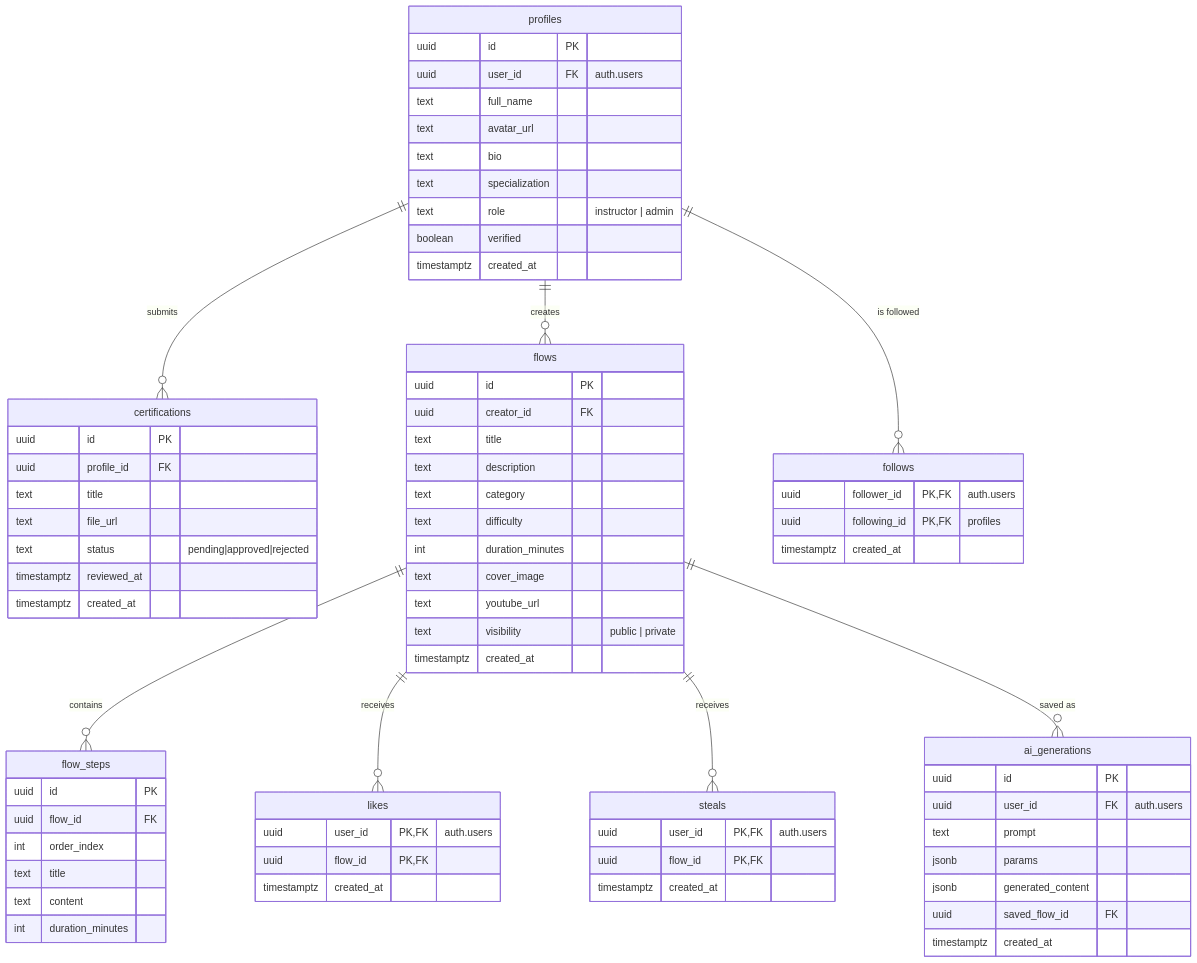
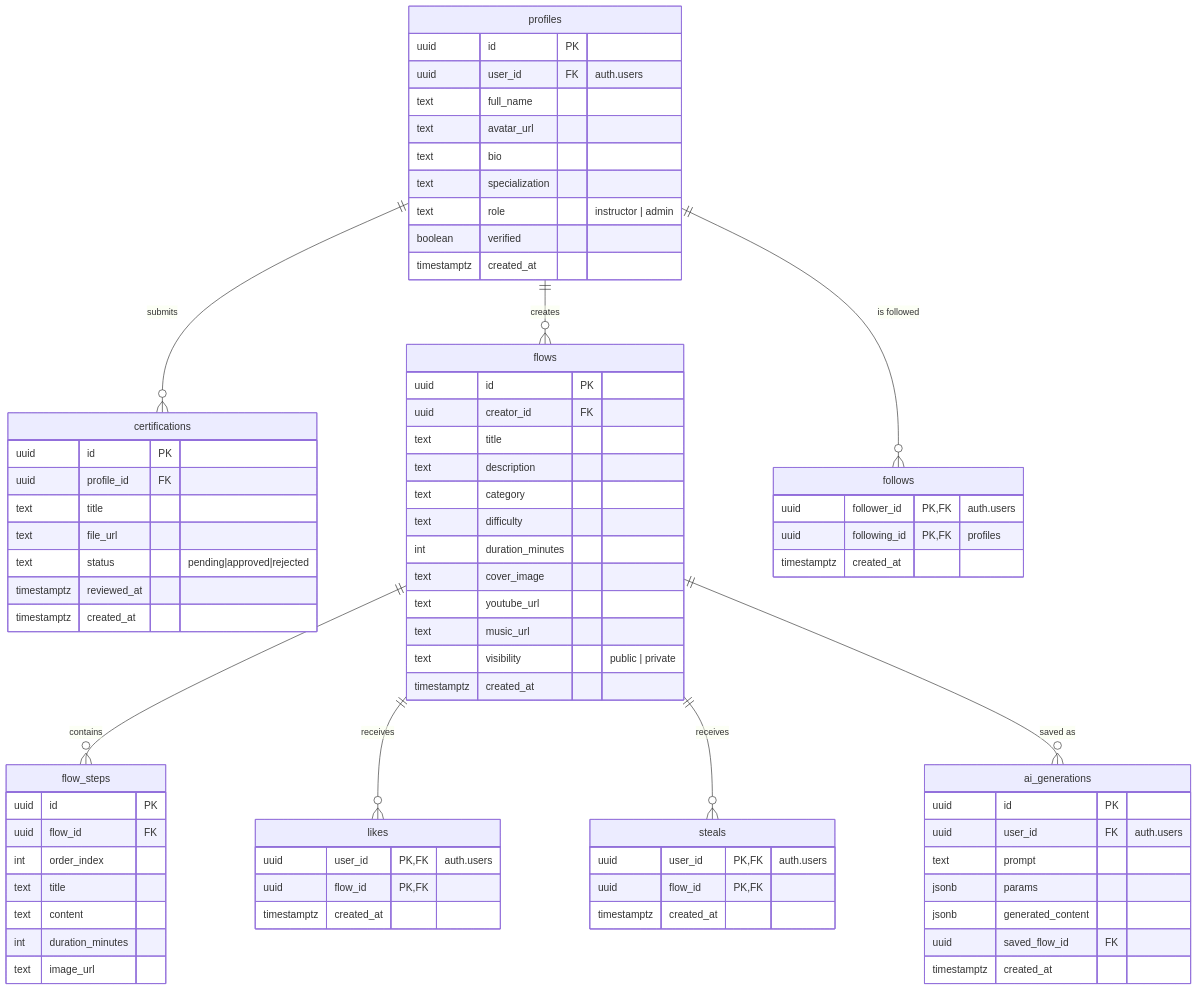
The diagram in supabase/erd.mmd (Omeralyagon/spoyt-app), drawn with Mermaid before and after one commit. The commit also changed 1 other file, not shown here.

Commit message:
docs: make integrations table + ERD truthful (Gemini active, music/cover, image_url, music_url)
Claude-Session: https://claude.ai/code/session_01R5BQDFvEYGwnxsRvqwEkWf

```diff
--- a/supabase/erd.mmd
+++ b/supabase/erd.mmd
@@ -1,74 +1,76 @@
 erDiagram
     profiles ||--o{ certifications : "submits"
     profiles ||--o{ flows : "creates"
     flows ||--o{ flow_steps : "contains"
     flows ||--o{ likes : "receives"
     flows ||--o{ steals : "receives"
     profiles ||--o{ follows : "is followed"
     flows ||--o{ ai_generations : "saved as"
 
     profiles {
         uuid id PK
         uuid user_id FK "auth.users"
         text full_name
         text avatar_url
         text bio
         text specialization
         text role "instructor | admin"
         boolean verified
         timestamptz created_at
     }
     certifications {
         uuid id PK
         uuid profile_id FK
         text title
         text file_url
         text status "pending|approved|rejected"
         timestamptz reviewed_at
         timestamptz created_at
     }
     flows {
         uuid id PK
         uuid creator_id FK
         text title
         text description
         text category
         text difficulty
         int duration_minutes
         text cover_image
         text youtube_url
+        text music_url
         text visibility "public | private"
         timestamptz created_at
     }
     flow_steps {
         uuid id PK
         uuid flow_id FK
         int order_index
         text title
         text content
         int duration_minutes
+        text image_url
     }
     likes {
         uuid user_id PK,FK "auth.users"
         uuid flow_id PK,FK
         timestamptz created_at
     }
     steals {
         uuid user_id PK,FK "auth.users"
         uuid flow_id PK,FK
         timestamptz created_at
     }
     follows {
         uuid follower_id PK,FK "auth.users"
         uuid following_id PK,FK "profiles"
         timestamptz created_at
     }
     ai_generations {
         uuid id PK
         uuid user_id FK "auth.users"
         text prompt
         jsonb params
         jsonb generated_content
         uuid saved_flow_id FK
         timestamptz created_at
     }
```
